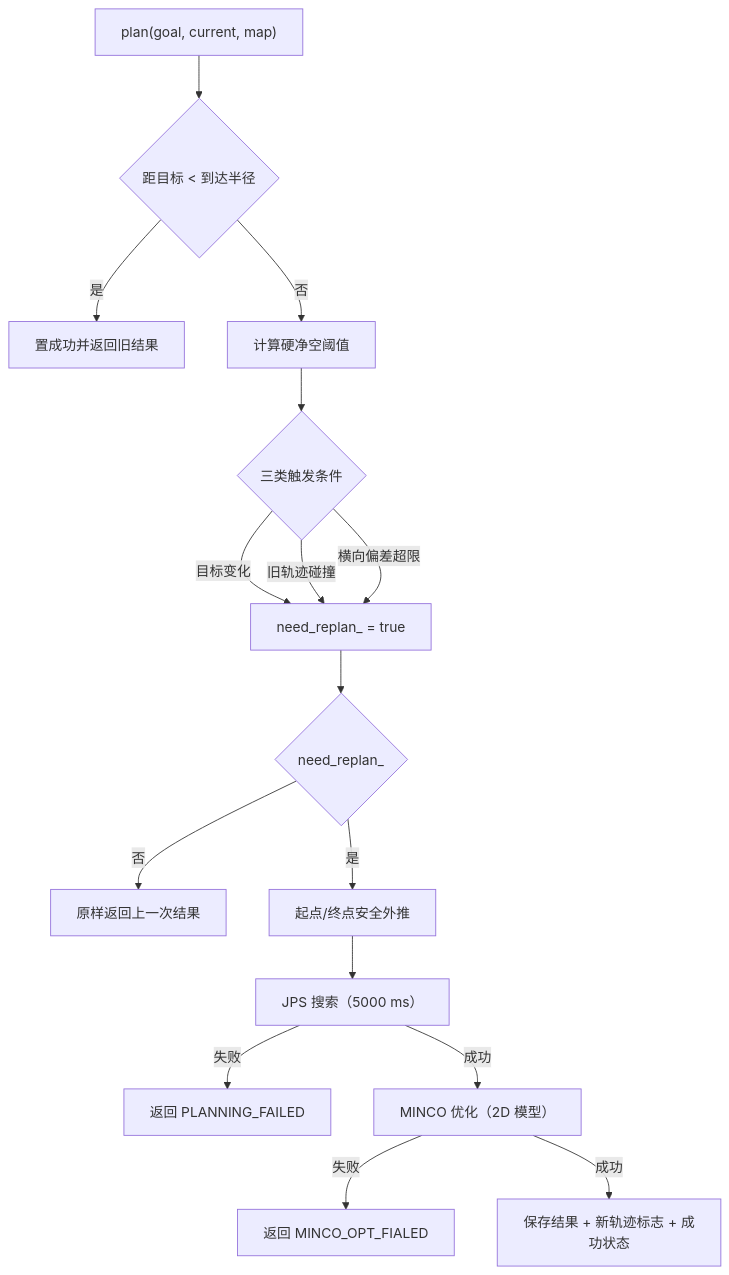
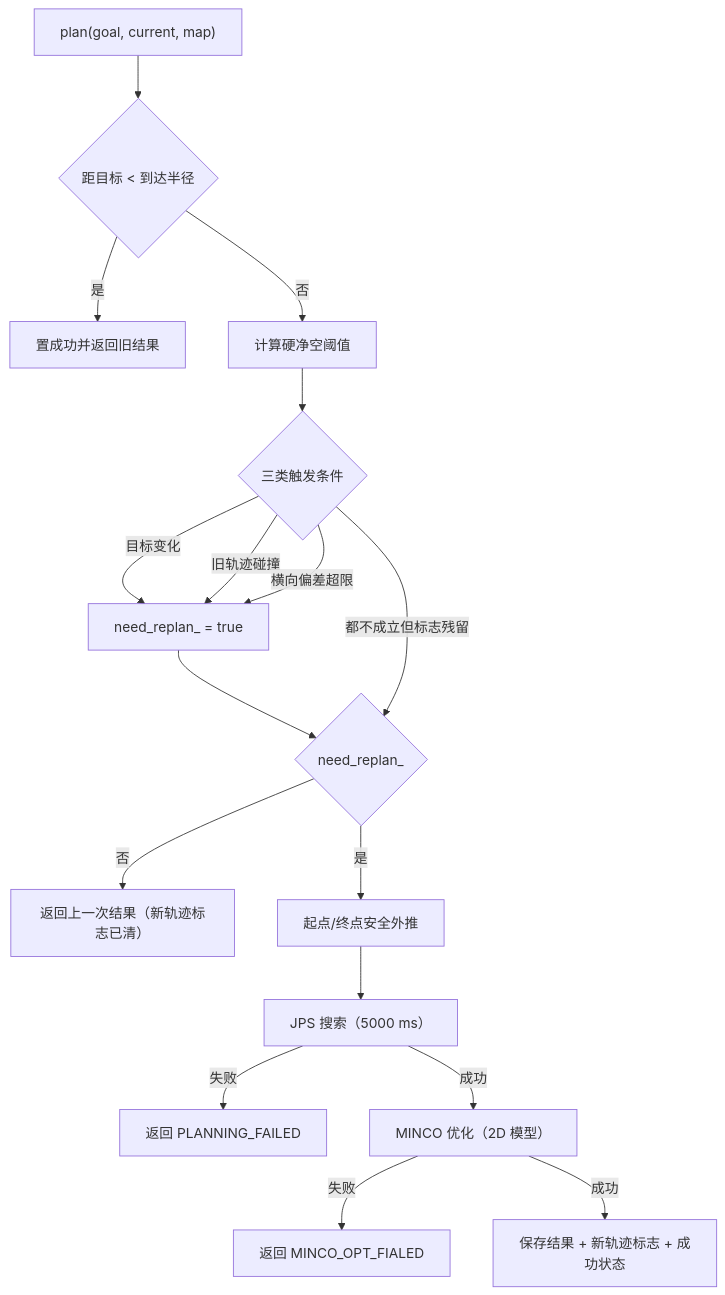
One commit to YD07-xyt/MA_Nav changed the first of 3 diagrams in docs/nav/planner/replan/流程图.md. Above: the diagram before and after it, drawn with Mermaid. The commit also changed other lines of this file and 107 other files, not shown here.

````diff
--- a/docs/nav/planner/replan/流程图.md
+++ b/docs/nav/planner/replan/流程图.md
@@ -19,18 +19,19 @@
 ```mermaid
 graph TD
     A["plan(goal, current, map)"] --> B{"距目标 < 到达半径"}
     B -->|是| C["置成功并返回旧结果"]
     B -->|否| D["计算硬净空阈值"]
     D --> E{"三类触发条件"}
     E -->|目标变化| F["need_replan_ = true"]
     E -->|旧轨迹碰撞| F
     E -->|横向偏差超限| F
     F --> G{"need_replan_"}
-    G -->|否| H["原样返回上一次结果"]
+    G -->|否| H["返回上一次结果（新轨迹标志已清）"]
+    E -->|都不成立但标志残留| G
     G -->|是| I["起点/终点安全外推"]
     I --> J["JPS 搜索（5000 ms）"]
     J -->|失败| K["返回 PLANNING_FAILED"]
     J -->|成功| L["MINCO 优化（2D 模型）"]
     L -->|失败| M["返回 MINCO_OPT_FIALED"]
     L -->|成功| N["保存结果 + 新轨迹标志 + 成功状态"]
 ```
````
